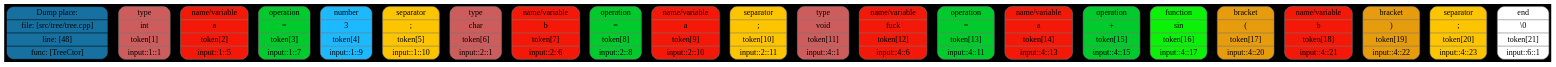
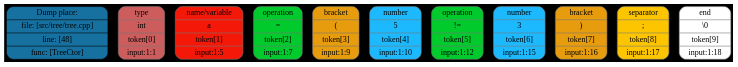
The diagram in FrontEnd/dot/tokens/dot/tokens1.dot (Maksim-Sebelev/Language), drawn with Graphviz before and after one commit. The commit also changed 21 other files, not shown here.

```diff
--- a/FrontEnd/dot/tokens/dot/tokens1.dot
+++ b/FrontEnd/dot/tokens/dot/tokens1.dot
@@ -1,27 +1,16 @@
 digraph G{
 rankdir=TB
 graph [bgcolor="#000000"];
 size = "100 5"
 place[shape=Mrecord, style=filled, fillcolor="#1771a0", pos="0,1!",label = " { Dump place: | file: [src/tree/tree.cpp] | line: [48] | func: [TreeCtor] } "color = "#000000"];
-token0[shape=Mrecord, style=filled, fillcolor="#CD5C5C",label = " { type | int |  token[1] |  input::1::1 } ", color = "#777777"];
-token1[shape=Mrecord, style=filled, fillcolor="#f31807",label = " { name/variable | a |  token[2] |  input::1::5 } ", color = "#777777"];
-token2[shape=Mrecord, style=filled, fillcolor="#00ca2c",label = " { operation | = |  token[3] |  input::1::7 } ", color = "#777777"];
-token3[shape=Mrecord, style=filled, fillcolor="#1cb9ff",label = " { number | 3 |  token[4] |  input::1::9 } ", color = "#777777"];
-token4[shape=Mrecord, style=filled, fillcolor="#fdc500",label = " { separator | ; |  token[5] |  input::1::10 } ", color = "#777777"];
-token5[shape=Mrecord, style=filled, fillcolor="#CD5C5C",label = " { type | char |  token[6] |  input::2::1 } ", color = "#777777"];
-token6[shape=Mrecord, style=filled, fillcolor="#f31807",label = " { name/variable | b |  token[7] |  input::2::6 } ", color = "#777777"];
-token7[shape=Mrecord, style=filled, fillcolor="#00ca2c",label = " { operation | = |  token[8] |  input::2::8 } ", color = "#777777"];
-token8[shape=Mrecord, style=filled, fillcolor="#f31807",label = " { name/variable | a |  token[9] |  input::2::10 } ", color = "#777777"];
-token9[shape=Mrecord, style=filled, fillcolor="#fdc500",label = " { separator | ; |  token[10] |  input::2::11 } ", color = "#777777"];
-token10[shape=Mrecord, style=filled, fillcolor="#CD5C5C",label = " { type | void |  token[11] |  input::4::1 } ", color = "#777777"];
-token11[shape=Mrecord, style=filled, fillcolor="#f31807",label = " { name/variable | fuck |  token[12] |  input::4::6 } ", color = "#777777"];
-token12[shape=Mrecord, style=filled, fillcolor="#00ca2c",label = " { operation | = |  token[13] |  input::4::11 } ", color = "#777777"];
-token13[shape=Mrecord, style=filled, fillcolor="#f31807",label = " { name/variable | a |  token[14] |  input::4::13 } ", color = "#777777"];
-token14[shape=Mrecord, style=filled, fillcolor="#00ca2c",label = " { operation | + |  token[15] |  input::4::15 } ", color = "#777777"];
-token15[shape=Mrecord, style=filled, fillcolor="#0cf108",label = " { function | sin |  token[16] |  input::4::17 } ", color = "#777777"];
-token16[shape=Mrecord, style=filled, fillcolor="#e69c0c",label = " { bracket | ( |  token[17] |  input::4::20 } ", color = "#777777"];
-token17[shape=Mrecord, style=filled, fillcolor="#f31807",label = " { name/variable | b |  token[18] |  input::4::21 } ", color = "#777777"];
-token18[shape=Mrecord, style=filled, fillcolor="#e69c0c",label = " { bracket | ) |  token[19] |  input::4::22 } ", color = "#777777"];
-token19[shape=Mrecord, style=filled, fillcolor="#fdc500",label = " { separator | ; |  token[20] |  input::4::23 } ", color = "#777777"];
-token20[shape=Mrecord, style=filled, fillcolor="#ffffff",label = " { end | \\0 |  token[21] |  input::6::1 } ", color = "#777777"];
+token0[shape=Mrecord, style=filled, fillcolor="#CD5C5C",label = " { type | \int |  token[0] |  input:1:1 } ", color = "#777777"];
+token1[shape=Mrecord, style=filled, fillcolor="#f31807",label = " { name/variable | a |  token[1] |  input:1:5 } ", color = "#777777"];
+token2[shape=Mrecord, style=filled, fillcolor="#00ca2c",label = " { operation | \= |  token[2] |  input:1:7 } ", color = "#777777"];
+token3[shape=Mrecord, style=filled, fillcolor="#e69c0c",label = " { bracket | \( |  token[3] |  input:1:9 } ", color = "#777777"];
+token4[shape=Mrecord, style=filled, fillcolor="#1cb9ff",label = " { number | 5 |  token[4] |  input:1:10 } ", color = "#777777"];
+token5[shape=Mrecord, style=filled, fillcolor="#00ca2c",label = " { operation | \!= |  token[5] |  input:1:12 } ", color = "#777777"];
+token6[shape=Mrecord, style=filled, fillcolor="#1cb9ff",label = " { number | 3 |  token[6] |  input:1:15 } ", color = "#777777"];
+token7[shape=Mrecord, style=filled, fillcolor="#e69c0c",label = " { bracket | \) |  token[7] |  input:1:16 } ", color = "#777777"];
+token8[shape=Mrecord, style=filled, fillcolor="#fdc500",label = " { separator | \; |  token[8] |  input:1:17 } ", color = "#777777"];
+token9[shape=Mrecord, style=filled, fillcolor="#ffffff",label = " { end | \\\0 |  token[9] |  input:1:18 } ", color = "#777777"];
 }
```
